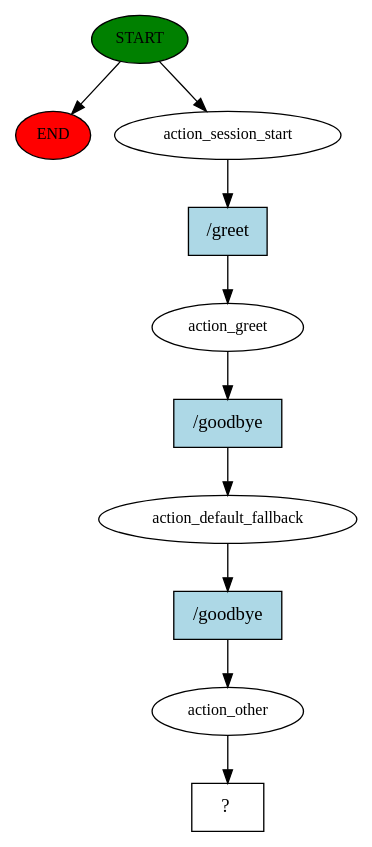
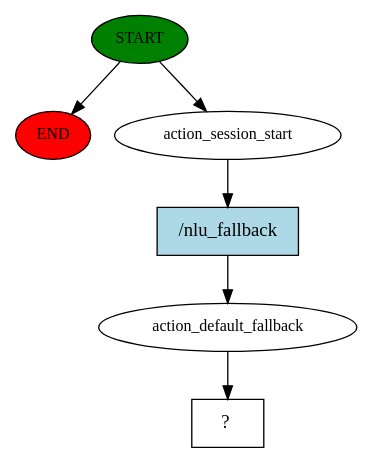
Before and after one commit to medAzizBennour/rasa: the diagram in story_graph.dot, drawn with Graphviz. The commit also changed 70 other files, not shown here.

```diff
--- a/story_graph.dot
+++ b/story_graph.dot
@@ -1,21 +1,13 @@
 digraph  {
 0 [class="start active", fillcolor=green, fontsize=12, label=START, style=filled];
 "-1" [class=end, fillcolor=red, fontsize=12, label=END, style=filled];
 1 [class=active, fontsize=12, label=action_session_start];
-2 [class=active, fontsize=12, label=action_greet];
-3 [class=active, fontsize=12, label=action_default_fallback];
-4 [class=active, fontsize=12, label=action_other];
-5 [class="intent dashed active", label="  ?  ", shape=rect];
-6 [class="intent active", fillcolor=lightblue, label="/greet", shape=rect, style=filled];
-7 [class="intent active", fillcolor=lightblue, label="/goodbye", shape=rect, style=filled];
-8 [class="intent active", fillcolor=lightblue, label="/goodbye", shape=rect, style=filled];
+2 [class=active, fontsize=12, label=action_default_fallback];
+3 [class="intent dashed active", label="  ?  ", shape=rect];
+4 [class="intent active", fillcolor=lightblue, label="/nlu_fallback", shape=rect, style=filled];
 0 -> "-1"  [class="", key=NONE, label=""];
 0 -> 1  [class=active, key=NONE, label=""];
-1 -> 6  [class=active, key=0];
-2 -> 7  [class=active, key=0];
-3 -> 8  [class=active, key=0];
-4 -> 5  [class=active, key=NONE, label=""];
-6 -> 2  [class=active, key=0];
-7 -> 3  [class=active, key=0];
-8 -> 4  [class=active, key=0];
+1 -> 4  [class=active, key=0];
+2 -> 3  [class=active, key=NONE, label=""];
+4 -> 2  [class=active, key=0];
 }
```
